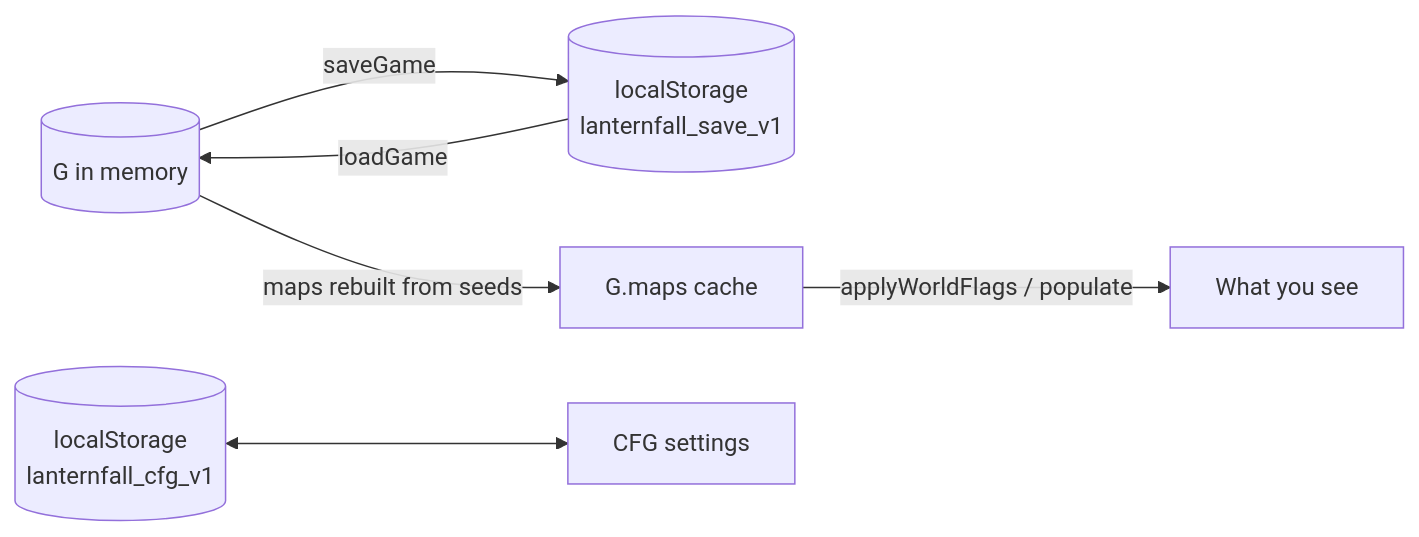
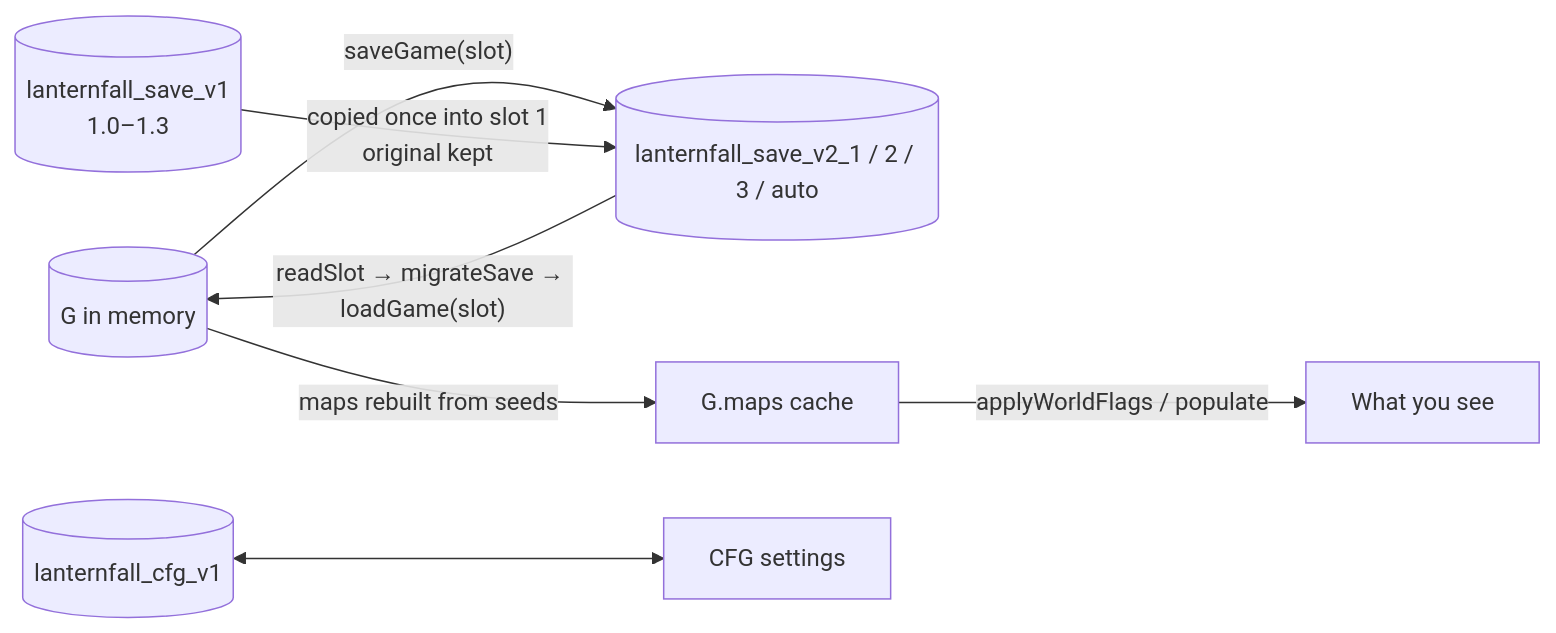
One commit to CptNope/Laternfall changed diagram 12 of 13 in docs/ARCHITECTURE.md. Above: the diagram before and after it, drawn with Mermaid. The commit also changed other lines of this file and 22 other files, not shown here.

````diff
--- a/docs/ARCHITECTURE.md
+++ b/docs/ARCHITECTURE.md
@@ -448,8 +456,9 @@
 ```mermaid
 flowchart LR
-    G[(G in memory)] -- saveGame --> LS[(localStorage<br/>lanternfall_save_v1)]
-    LS -- loadGame --> G
+    G[(G in memory)] -- "saveGame(slot)" --> LS[(lanternfall_save_v2_1 / 2 / 3 / auto)]
+    LS -- "readSlot → migrateSave → loadGame(slot)" --> G
+    OLD[(lanternfall_save_v1<br/>1.0–1.3)] -- copied once into slot 1<br/>original kept --> LS
     G -- maps rebuilt from seeds --> M[G.maps cache]
     M -- applyWorldFlags / populate --> V[What you see]
-    CFGs[(localStorage<br/>lanternfall_cfg_v1)] <--> CFG[CFG settings]
+    CFGs[(lanternfall_cfg_v1)] <--> CFG[CFG settings]
 ```
````
